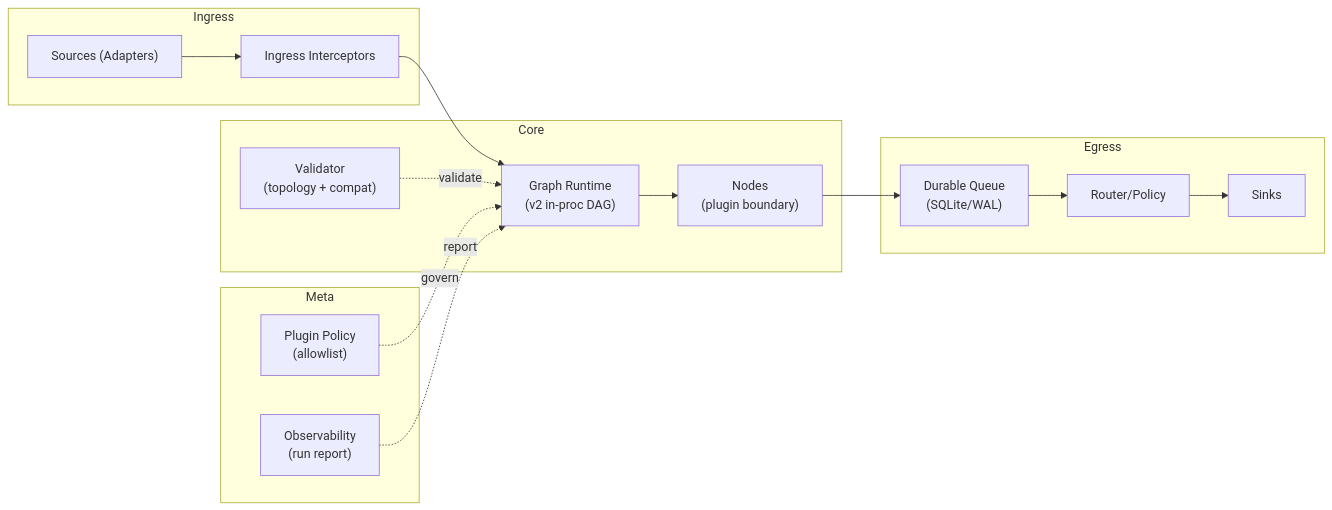
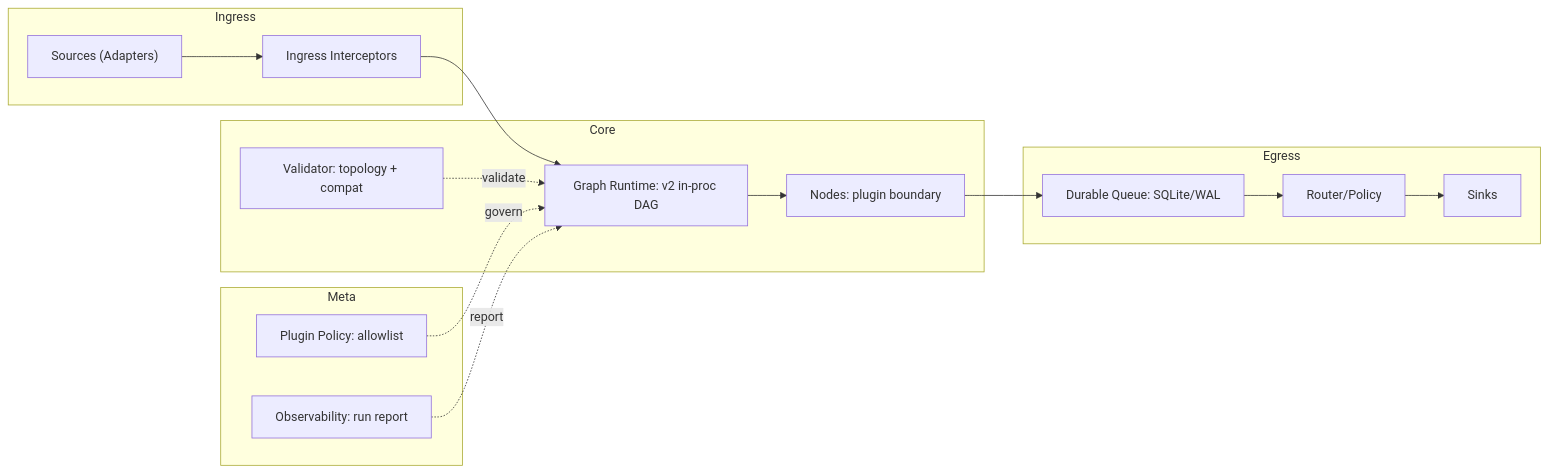
Before and after one commit to KyunghoCha/schnitzel-stream-platform: the second of 2 diagrams in README.md, drawn with Mermaid. The commit also changed other lines of this file, not shown here.

Commit message:
docs(readme): fix mermaid labels for renderer compatibility

````diff
--- a/README.md
+++ b/README.md
@@ -259,29 +259,29 @@
 ```mermaid
 flowchart LR
   subgraph Ingress["Ingress"]
     S["Sources (Adapters)"]
     I["Ingress Interceptors"]
   end
 
   subgraph Core["Core"]
-    V["Validator<br/>(topology + compat)"]
-    G["Graph Runtime<br/>(v2 in-proc DAG)"]
-    N["Nodes<br/>(plugin boundary)"]
+    V["Validator: topology + compat"]
+    G["Graph Runtime: v2 in-proc DAG"]
+    N["Nodes: plugin boundary"]
   end
 
   subgraph Egress["Egress"]
-    Q["Durable Queue<br/>(SQLite/WAL)"]
+    Q["Durable Queue: SQLite/WAL"]
     R["Router/Policy"]
     K["Sinks"]
   end
 
   subgraph Meta["Meta"]
-    P["Plugin Policy<br/>(allowlist)"]
-    O["Observability<br/>(run report)"]
+    P["Plugin Policy: allowlist"]
+    O["Observability: run report"]
   end
 
   S --> I --> G --> N --> Q --> R --> K
   V -. validate .-> G
   P -. govern .-> G
   O -. report .-> G
 ```
````
